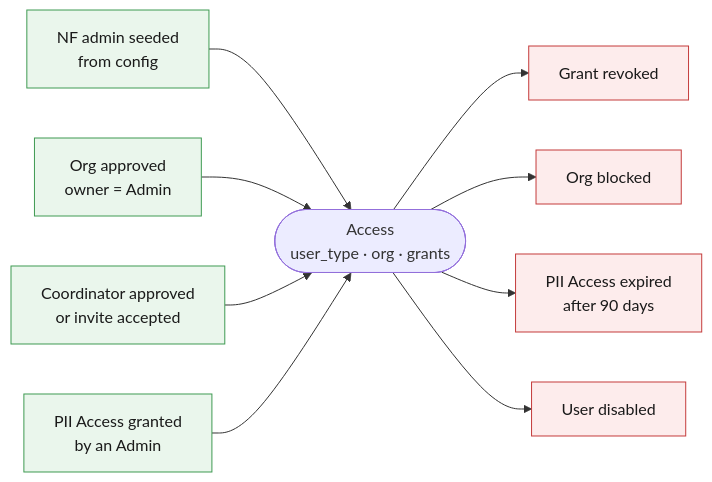
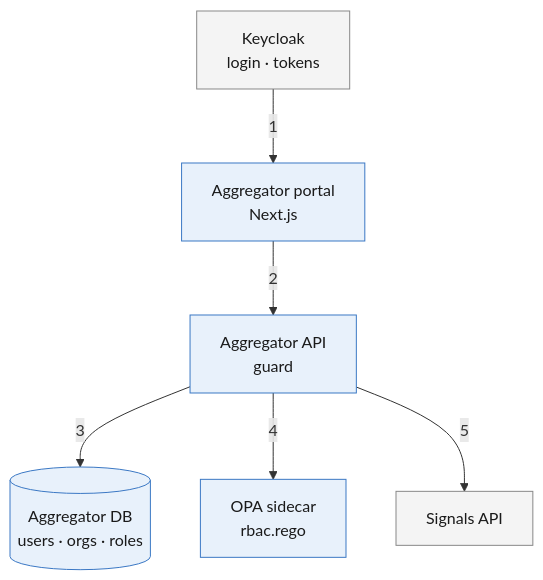
The fifth of 5 diagrams in docs/rbac/rbac-design-aggregator.md (Blue-Dots-Economy/aggregator-dpg), drawn with Mermaid before and after one commit. The commit also changed other lines of this file and 106 other files, not shown here.

First line of the commit message:
feat(rbac): roles and permissions per organisation (R3–R6)

````diff
--- a/docs/rbac/rbac-design-aggregator.md
+++ b/docs/rbac/rbac-design-aggregator.md
@@ -181,24 +245,18 @@
 ```mermaid
-flowchart LR
-    G1["NF admin seeded<br/>from config"]
-    G2["Org approved<br/>owner = Admin"]
-    G3["Coordinator approved<br/>or invite accepted"]
-    G4["PII Access granted<br/>by an Admin"]
-    A(["Access<br/>user_type · org · grants"])
-    R1["Grant revoked"]
-    R2["Org blocked"]
-    R3["PII Access expired<br/>after 90 days"]
-    R4["User disabled"]
-    G1 --> A
-    G2 --> A
-    G3 --> A
-    G4 --> A
-    A --> R1
-    A --> R2
-    A --> R3
-    A --> R4
-    classDef grant fill:#eaf6ec,stroke:#3f9a52,color:#1a1a1a
-    classDef remove fill:#fdecec,stroke:#c43b3b,color:#1a1a1a
-    class G1,G2,G3,G4 grant
-    class R1,R2,R3,R4 remove
+flowchart TB
+    KC["Keycloak<br/>login · tokens"]
+    WEB["Aggregator portal<br/>Next.js"]
+    API["Aggregator API<br/>guard"]
+    DB[("Aggregator DB<br/>users · orgs · roles")]
+    OPA["OPA sidecar<br/>rbac.rego"]
+    SIG["Signals API"]
+    KC -- "1" --> WEB
+    WEB -- "2" --> API
+    API -- "3" --> DB
+    API -- "4" --> OPA
+    API -- "5" --> SIG
+    classDef agg fill:#e8f1fb,stroke:#3b78c4,color:#1a1a1a
+    classDef ext fill:#f4f4f4,stroke:#888,color:#1a1a1a
+    class WEB,API,DB,OPA agg
+    class KC,SIG ext
 ```
````
